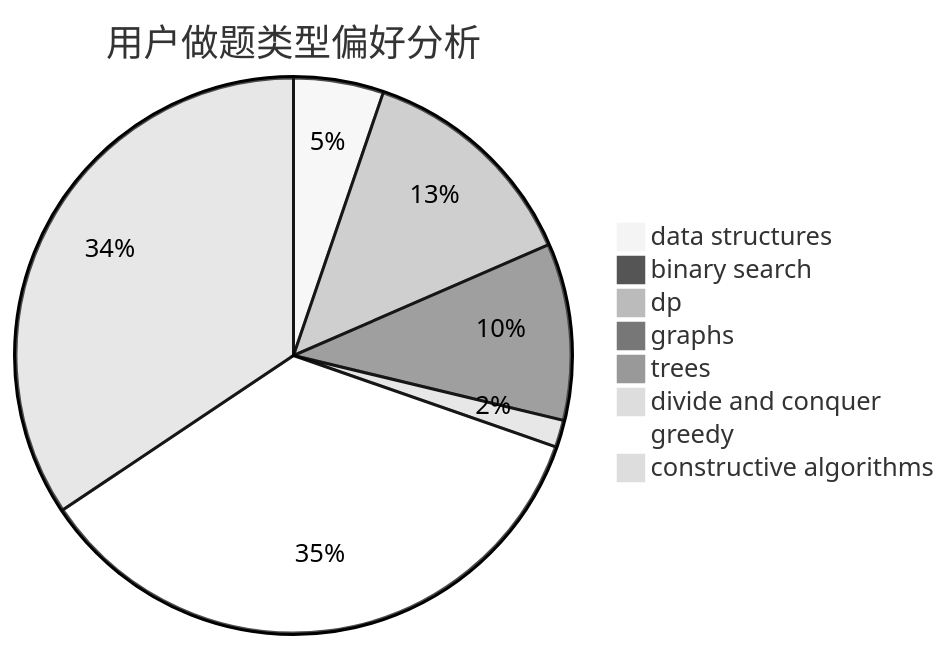
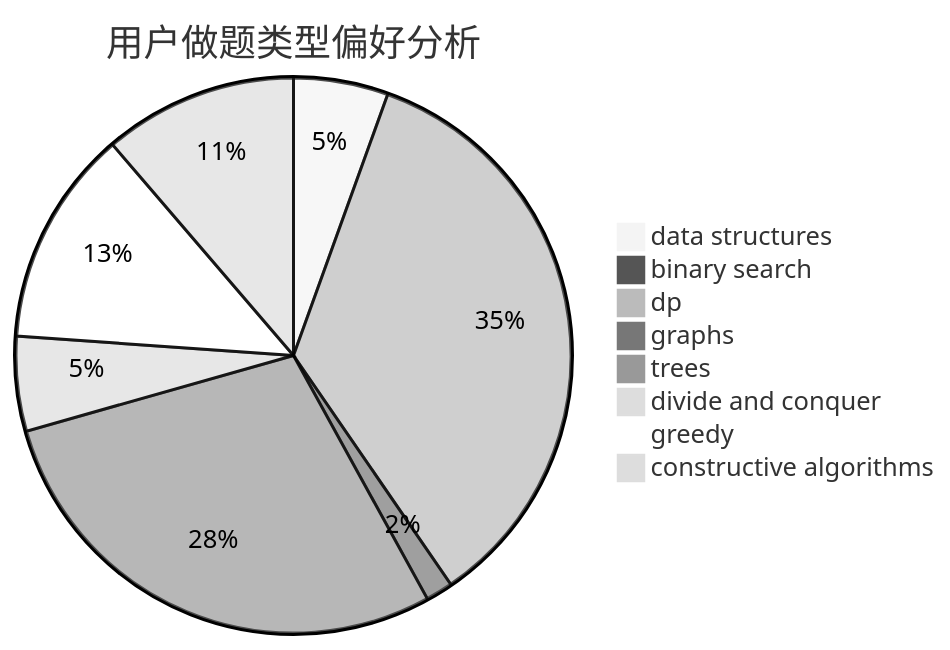
One commit to sherpahu/cfrs.github.io changed the second of 3 diagrams in docs/user/u755.md. Above: the diagram before and after it, drawn with Mermaid (neutral theme). The commit also changed other lines of this file and 2770 other files, not shown here.

````diff
--- a/docs/user/u755.md
+++ b/docs/user/u755.md
@@ -23,11 +23,11 @@
 ```mermaid
 pie title 用户做题类型偏好分析
-    "data structures" :  53
+    "data structures" :  21
     "binary search" :  3
-    "dp" :  134
-    "graphs" :  104
-    "trees" :  8
-    "divide and conquer" :  16
-    "greedy" :  357
-    "constructive algorithms" :  348
+    "dp" :  133
+    "graphs" :  6
+    "trees" :  109
+    "divide and conquer" :  21
+    "greedy" :  48
+    "constructive algorithms" :  43
 ```
````
